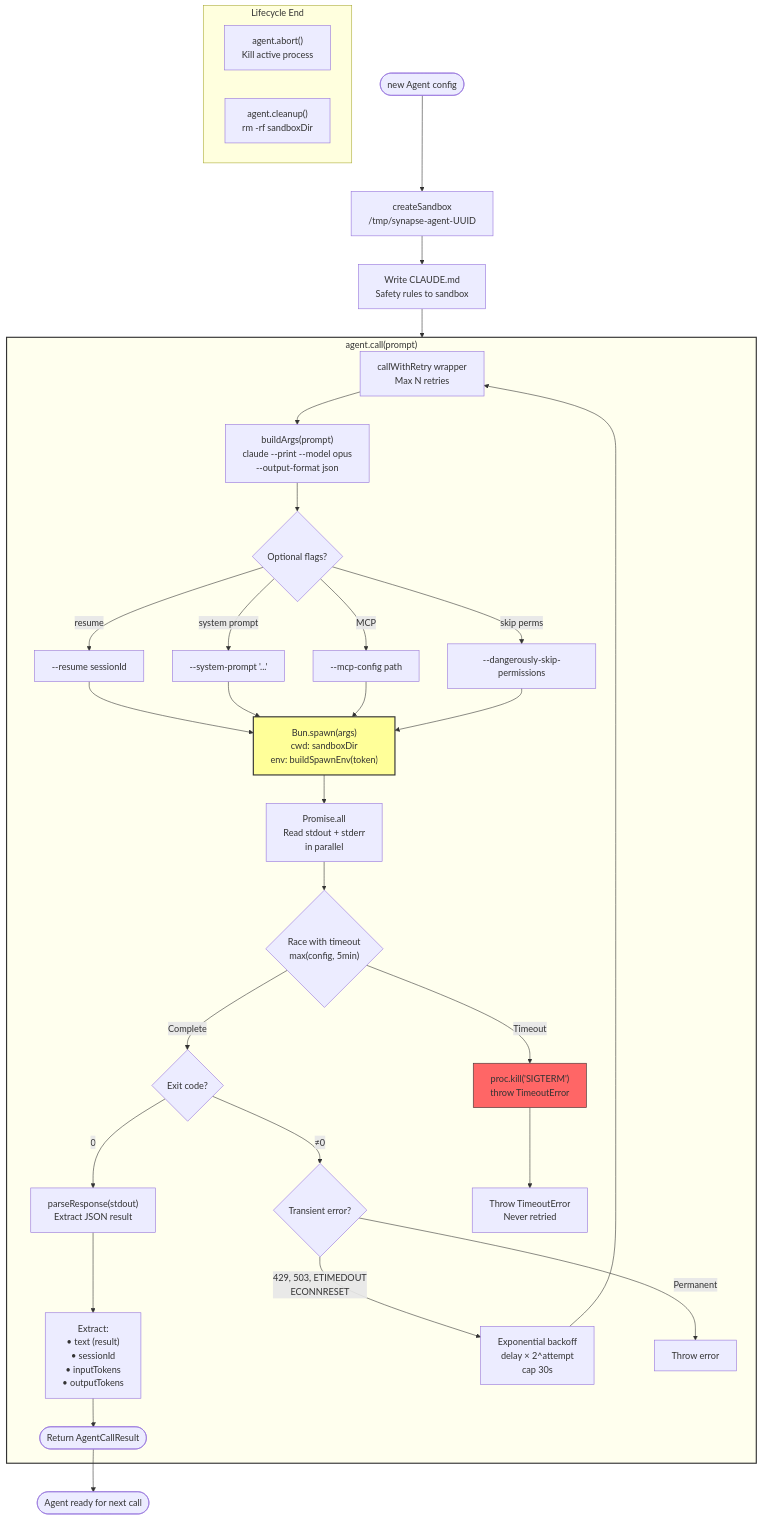
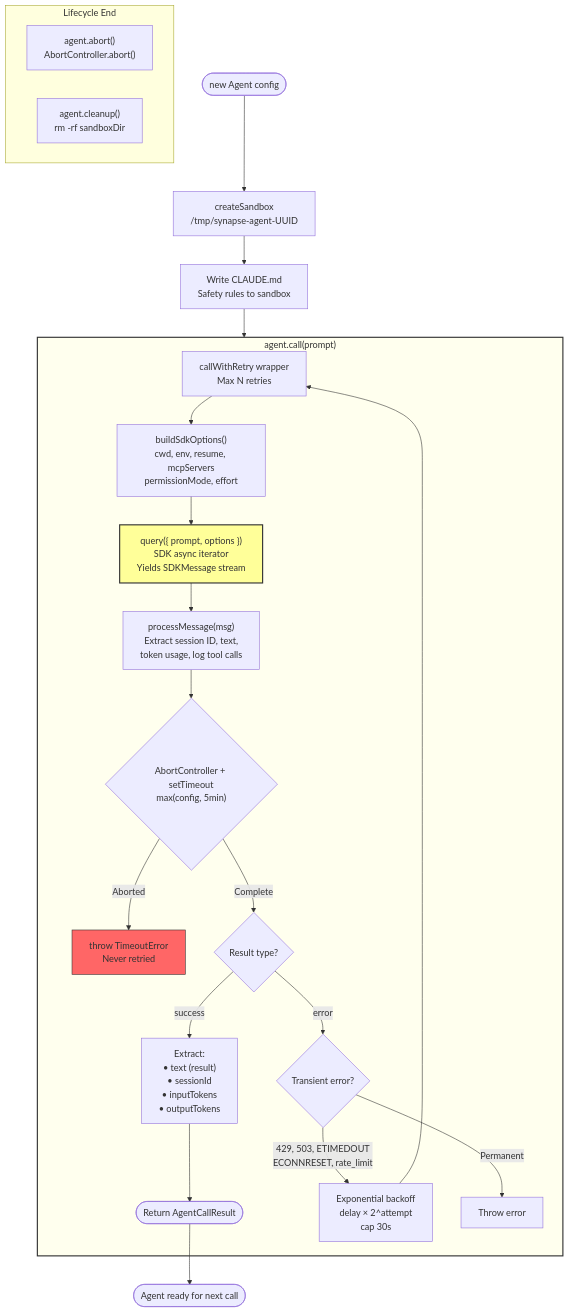
The fourth of 12 diagrams in docs/ARCHITECTURE.md (egeominotti/Synapse), drawn with Mermaid before and after one commit. The commit also changed other lines of this file and 16 other files, not shown here.

First line of the commit message:
Refactor SDK integration: remove dead code, rename APIs, update deps

````diff
--- a/docs/ARCHITECTURE.md
+++ b/docs/ARCHITECTURE.md
@@ -216,55 +216,41 @@
 ```mermaid
 flowchart TD
     CREATE([new Agent config]) --> SANDBOX[createSandbox<br/>/tmp/synapse-agent-UUID]
     SANDBOX --> WRITE_RULES[Write CLAUDE.md<br/>Safety rules to sandbox]
 
     subgraph CALL["agent.call(prompt)"]
-        RETRY_WRAPPER[callWithRetry wrapper<br/>Max N retries] --> BUILD_ARGS
+        RETRY_WRAPPER[callWithRetry wrapper<br/>Max N retries] --> BUILD_OPTS
 
-        BUILD_ARGS["buildArgs(prompt)<br/>claude --print --model opus<br/>--output-format json"] --> ADD_FLAGS
+        BUILD_OPTS["buildSdkOptions()<br/>cwd, env, resume, mcpServers<br/>permissionMode, effort"] --> QUERY
 
-        ADD_FLAGS{Optional flags?}
-        ADD_FLAGS -->|resume| ADD_RESUME["--resume sessionId"]
-        ADD_FLAGS -->|system prompt| ADD_SYSTEM["--system-prompt '...'"]
-        ADD_FLAGS -->|MCP| ADD_MCP["--mcp-config path"]
-        ADD_FLAGS -->|skip perms| ADD_SKIP["--dangerously-skip-permissions"]
+        QUERY["query({ prompt, options })<br/>SDK async iterator<br/>Yields SDKMessage stream"] --> PROCESS
 
-        ADD_RESUME --> SPAWN
-        ADD_SYSTEM --> SPAWN
-        ADD_MCP --> SPAWN
-        ADD_SKIP --> SPAWN
+        PROCESS["processMessage(msg)<br/>Extract session ID, text,<br/>token usage, log tool calls"] --> TIMEOUT
 
-        SPAWN["Bun.spawn(args)<br/>cwd: sandboxDir<br/>env: buildSpawnEnv(token)"] --> PARALLEL
+        TIMEOUT{"AbortController + setTimeout<br/>max(config, 5min)"}
+        TIMEOUT -->|Aborted| THROW_TIMEOUT["throw TimeoutError<br/>Never retried"]
+        TIMEOUT -->|Complete| RESULT{Result type?}
 
-        PARALLEL["Promise.all<br/>Read stdout + stderr<br/>in parallel"] --> RACE
+        RESULT -->|success| EXTRACT["Extract:<br/>• text (result)<br/>• sessionId<br/>• inputTokens<br/>• outputTokens"]
+        RESULT -->|error| CHECK_TRANSIENT{Transient error?}
 
-        RACE{"Race with timeout<br/>max(config, 5min)"}
-        RACE -->|Timeout| KILL["proc.kill('SIGTERM')<br/>throw TimeoutError"]
-        RACE -->|Complete| EXIT_CODE{Exit code?}
-
-        EXIT_CODE -->|0| PARSE["parseResponse(stdout)<br/>Extract JSON result"]
-        EXIT_CODE -->|≠0| CHECK_TRANSIENT{Transient error?}
-
-        PARSE --> EXTRACT["Extract:<br/>• text (result)<br/>• sessionId<br/>• inputTokens<br/>• outputTokens"]
         EXTRACT --> RETURN([Return AgentCallResult])
 
-        CHECK_TRANSIENT -->|"429, 503, ETIMEDOUT<br/>ECONNRESET"| BACKOFF["Exponential backoff<br/>delay × 2^attempt<br/>cap 30s"]
+        CHECK_TRANSIENT -->|"429, 503, ETIMEDOUT<br/>ECONNRESET, rate_limit"| BACKOFF["Exponential backoff<br/>delay × 2^attempt<br/>cap 30s"]
         CHECK_TRANSIENT -->|Permanent| THROW[Throw error]
 
         BACKOFF --> RETRY_WRAPPER
-
-        KILL --> THROW_TIMEOUT[Throw TimeoutError<br/>Never retried]
     end
 
     subgraph CLEANUP["Lifecycle End"]
-        ABORT["agent.abort()<br/>Kill active process"]
+        ABORT["agent.abort()<br/>AbortController.abort()"]
         CLEAN["agent.cleanup()<br/>rm -rf sandboxDir"]
     end
 
     WRITE_RULES --> CALL
     RETURN --> DONE([Agent ready for next call])
 
     style CALL fill:#ffe,stroke:#333,stroke-width:2px
-    style SPAWN fill:#ff9,stroke:#333,stroke-width:2px
-    style KILL fill:#f66,stroke:#333
+    style QUERY fill:#ff9,stroke:#333,stroke-width:2px
+    style THROW_TIMEOUT fill:#f66,stroke:#333
 ```
````
